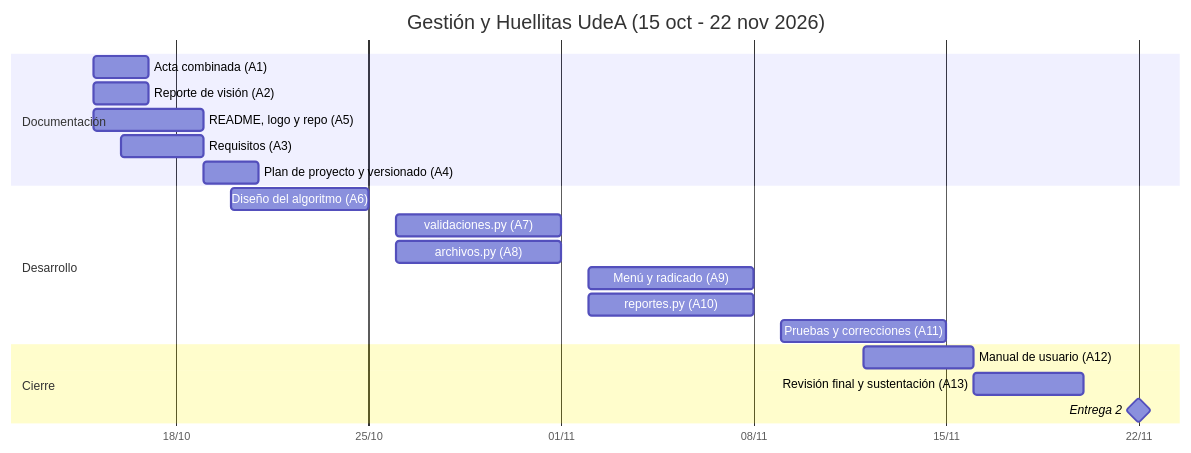
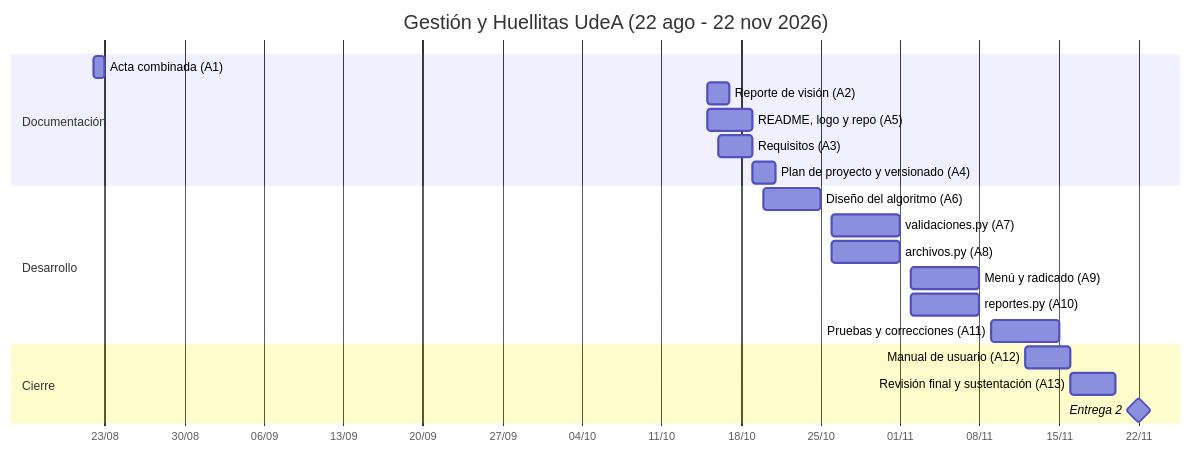
Before and after one commit to joselopez17-dev/gestion_y_huellitas_udea: the diagram in docs/plan_proyecto.md, drawn with Mermaid. The commit also changed other lines of this file, not shown here.

Commit message:
Ajustar Gantt al acta real y documentar aceptación

```diff
--- a/docs/plan_proyecto.md
+++ b/docs/plan_proyecto.md
@@ -34,23 +34,23 @@
 ~~~mermaid
 gantt
-    title Gestión y Huellitas UdeA (15 oct - 22 nov 2026)
+    title Gestión y Huellitas UdeA (22 ago - 22 nov 2026)
     dateFormat YYYY-MM-DD
     axisFormat %d/%m
     section Documentación
-    Acta combinada (A1)             :a1, 2026-10-15, 2d
+    Acta combinada (A1)             :a1, 2026-08-22, 1d
     Reporte de visión (A2)          :a2, 2026-10-15, 2d
     README, logo y repo (A5)        :a5, 2026-10-15, 4d
     Requisitos (A3)                 :a3, 2026-10-16, 3d
     Plan de proyecto y versionado (A4) :a4, 2026-10-19, 2d
     section Desarrollo
     Diseño del algoritmo (A6)       :a6, 2026-10-20, 5d
     validaciones.py (A7)            :a7, 2026-10-26, 6d
     archivos.py (A8)                :a8, 2026-10-26, 6d
     Menú y radicado (A9)            :a9, 2026-11-02, 6d
     reportes.py (A10)               :a10, 2026-11-02, 6d
     Pruebas y correcciones (A11)    :a11, 2026-11-09, 6d
     section Cierre
     Manual de usuario (A12)         :a12, 2026-11-12, 4d
     Revisión final y sustentación (A13) :a13, 2026-11-16, 4d
     Entrega 2                       :milestone, 2026-11-22, 0d
 ~~~
```
